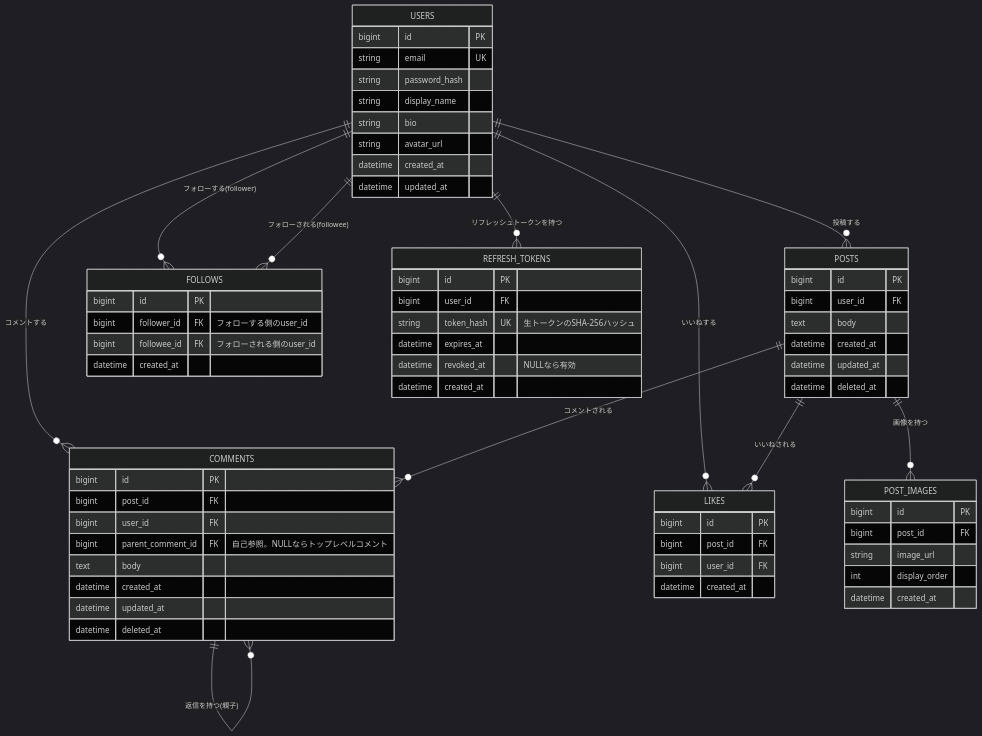
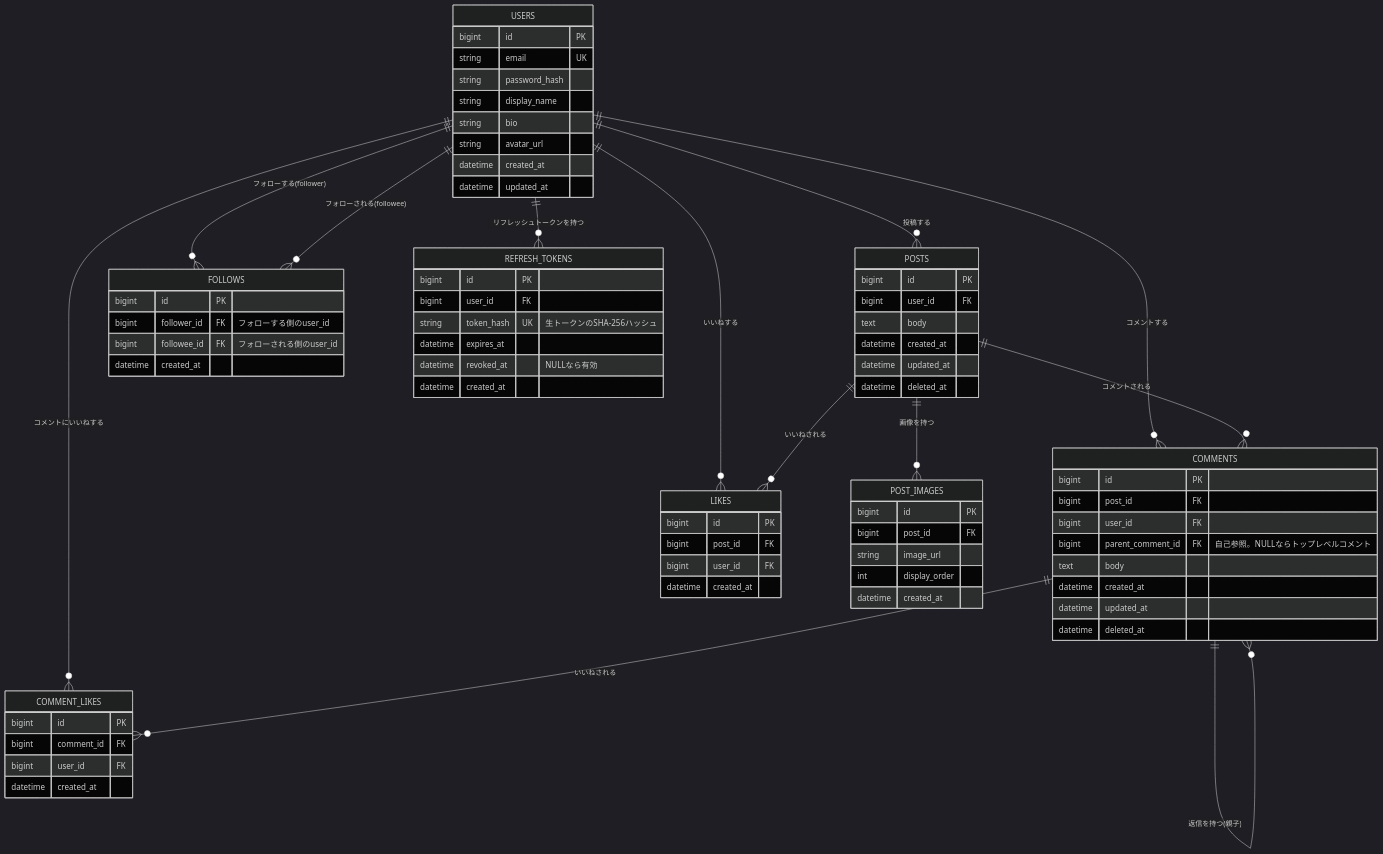
The diagram in docs/er-diagram.md (doryu0-04092/sns-application), drawn with Mermaid (dark theme) before and after one commit. The commit also changed other lines of this file and 27 other files, not shown here.

```diff
--- a/docs/er-diagram.md
+++ b/docs/er-diagram.md
@@ -5,6 +5,7 @@
     USERS ||--o{ POSTS : "投稿する"
     USERS ||--o{ COMMENTS : "コメントする"
     USERS ||--o{ LIKES : "いいねする"
+    USERS ||--o{ COMMENT_LIKES : "コメントにいいねする"
     USERS ||--o{ FOLLOWS : "フォローする(follower)"
     USERS ||--o{ FOLLOWS : "フォローされる(followee)"
     USERS ||--o{ REFRESH_TOKENS : "リフレッシュトークンを持つ"
@@ -12,6 +13,7 @@
     POSTS ||--o{ COMMENTS : "コメントされる"
     POSTS ||--o{ LIKES : "いいねされる"
     COMMENTS ||--o{ COMMENTS : "返信を持つ(親子)"
+    COMMENTS ||--o{ COMMENT_LIKES : "いいねされる"
 
     USERS {
         bigint id PK
@@ -59,6 +61,13 @@
         datetime created_at
     }
 
+    COMMENT_LIKES {
+        bigint id PK
+        bigint comment_id FK
+        bigint user_id FK
+        datetime created_at
+    }
+
     FOLLOWS {
         bigint id PK
         bigint follower_id FK "フォローする側のuser_id"
```
